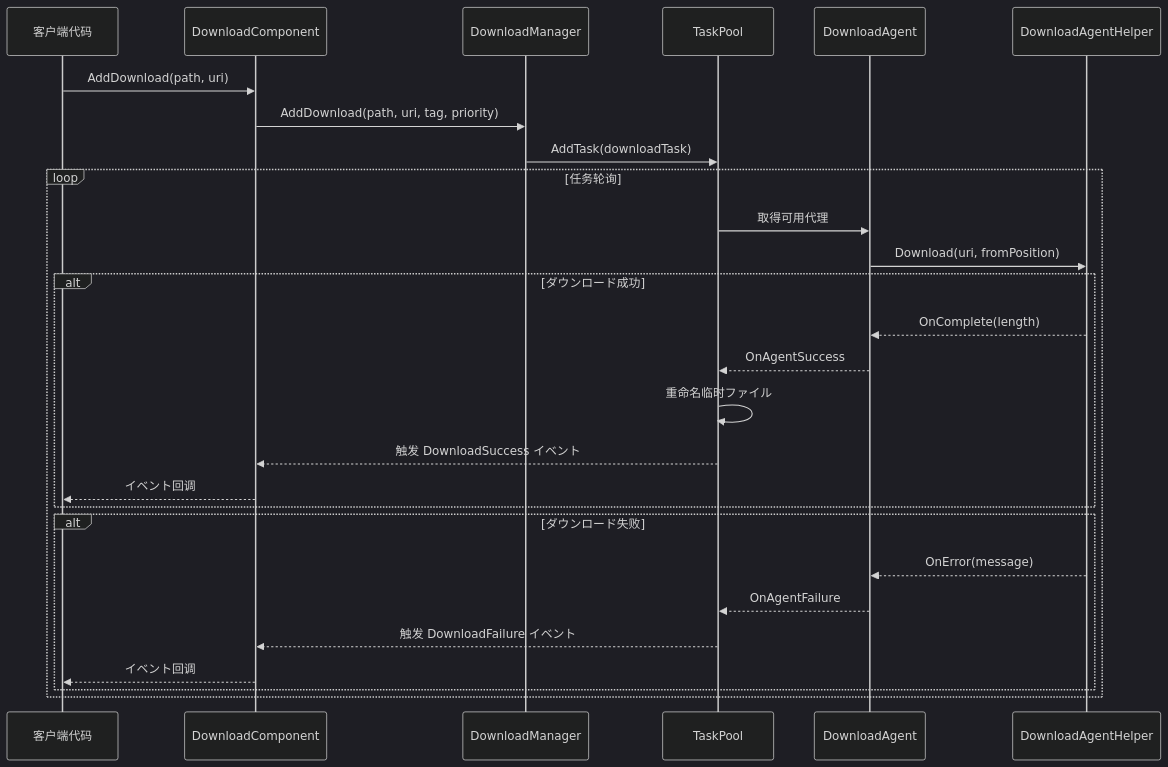
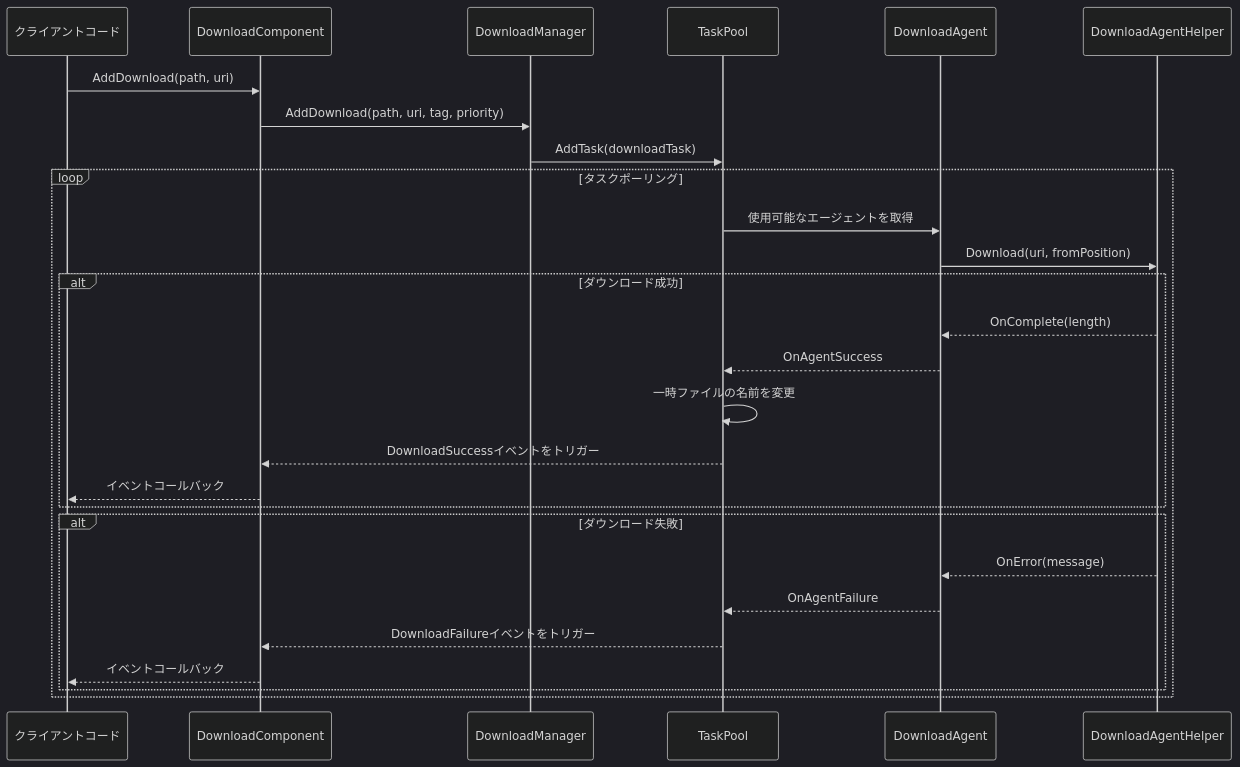
Before and after one commit to AlianBlank/GameFrameX.Docs: the third of 5 diagrams in docs/ja/client/unity/component/download/05.architecture.md, drawn with Mermaid (dark theme). The commit also changed other lines of this file and 320 other files, not shown here.

````diff
--- a/docs/ja/client/unity/component/download/05.architecture.md
+++ b/docs/ja/client/unity/component/download/05.architecture.md
@@ -207,33 +207,33 @@
 ```mermaid
 sequenceDiagram
-    participant Client as 客户端代码
+    participant Client as クライアントコード
     participant DC as DownloadComponent
     participant DM as DownloadManager
     participant TP as TaskPool
     participant DA as DownloadAgent
     participant Helper as DownloadAgentHelper
 
     Client->>DC: AddDownload(path, uri)
     DC->>DM: AddDownload(path, uri, tag, priority)
     DM->>TP: AddTask(downloadTask)
-    
-    loop 任务轮询
-        TP->>DA: 取得可用代理
+
+    loop タスクポーリング
+        TP->>DA: 使用可能なエージェントを取得
         DA->>Helper: Download(uri, fromPosition)
-        
+
         alt ダウンロード成功
             Helper-->>DA: OnComplete(length)
             DA-->>TP: OnAgentSuccess
-            TP->>TP: 重命名临时ファイル
-            TP-->>DC: 触发 DownloadSuccess イベント
-            DC-->>Client: イベント回调
+            TP->>TP: 一時ファイルの名前を変更
+            TP-->>DC: DownloadSuccessイベントをトリガー
+            DC-->>Client: イベントコールバック
         end
-        
-        alt ダウンロード失败
+
+        alt ダウンロード失敗
             Helper-->>DA: OnError(message)
             DA-->>TP: OnAgentFailure
-            TP-->>DC: 触发 DownloadFailure イベント
-            DC-->>Client: イベント回调
+            TP-->>DC: DownloadFailureイベントをトリガー
+            DC-->>Client: イベントコールバック
         end
     end
 ```
````
